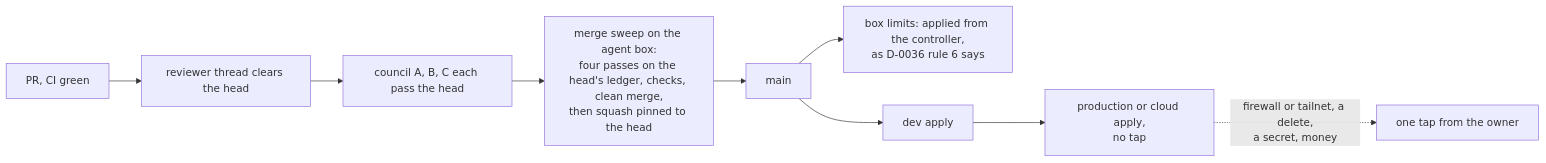
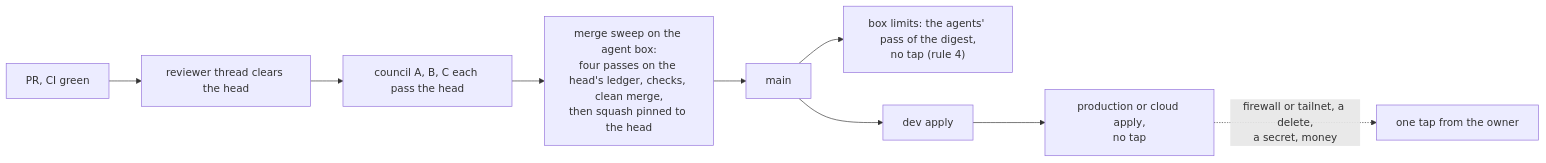
The diagram in docs/decisions/0042-let-agents-approve-every-reversible-change-in-the-owners-place.md (jonhill90/central-hub), drawn with Mermaid before and after one commit. The commit also changed other lines of this file and 16 other files, not shown here.

````diff
--- a/docs/decisions/0042-let-agents-approve-every-reversible-change-in-the-owners-place.md
+++ b/docs/decisions/0042-let-agents-approve-every-reversible-change-in-the-owners-place.md
@@ -78,11 +78,11 @@
 ```mermaid
 flowchart LR
   pr["PR, CI green"] --> rv["reviewer thread clears the head"]
   rv --> cn["council A, B, C each pass the head"]
   cn --> job["merge sweep on the agent box:<br/>four passes on the head's ledger, checks, clean merge,<br/>then squash pinned to the head"]
   job --> main["main"]
-  main --> box["box limits: applied from the controller,<br/>as D-0036 rule 6 says"]
+  main --> box["box limits: the agents' pass of the digest,<br/>no tap (rule 4)"]
   main --> dev["dev apply"]
   dev --> prod["production or cloud apply,<br/>no tap"]
   prod -. "firewall or tailnet, a delete,<br/>a secret, money" .-> tap["one tap from the owner"]
 ```
````
